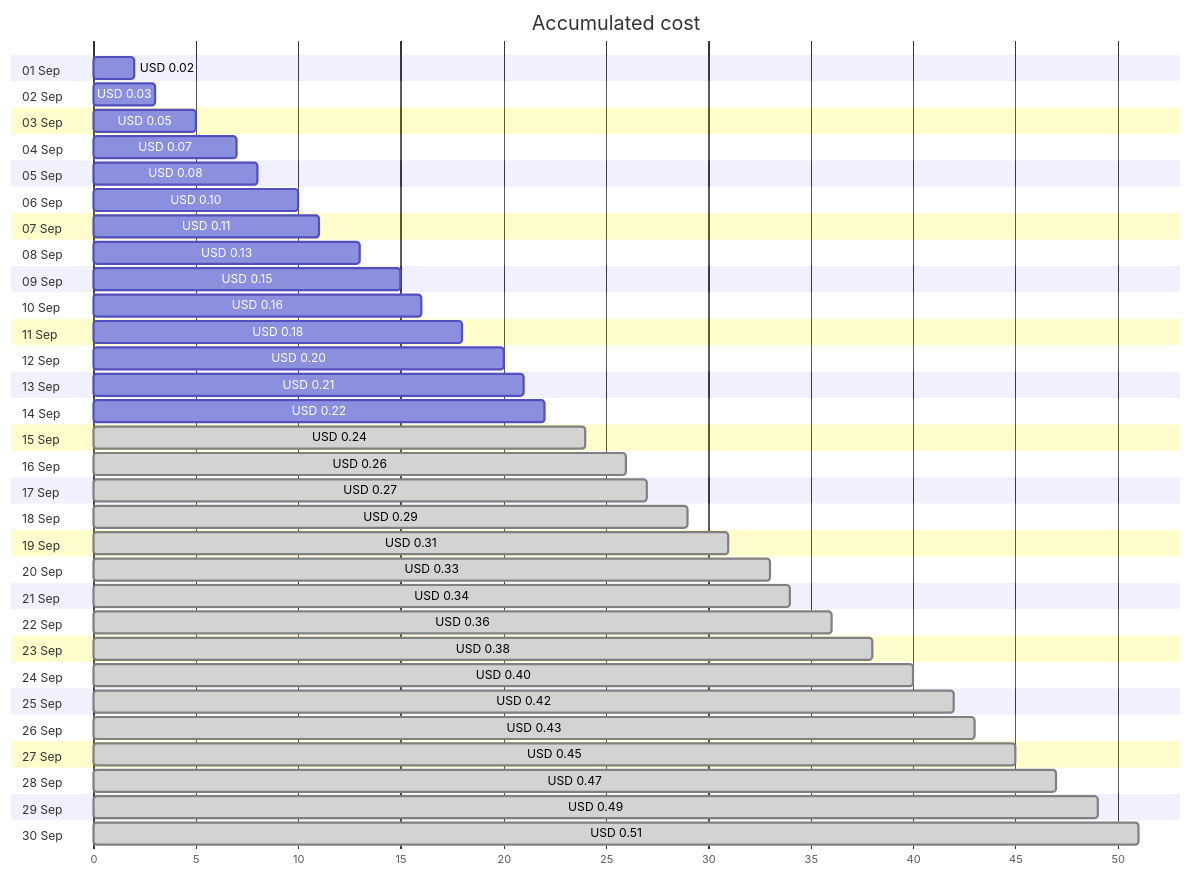
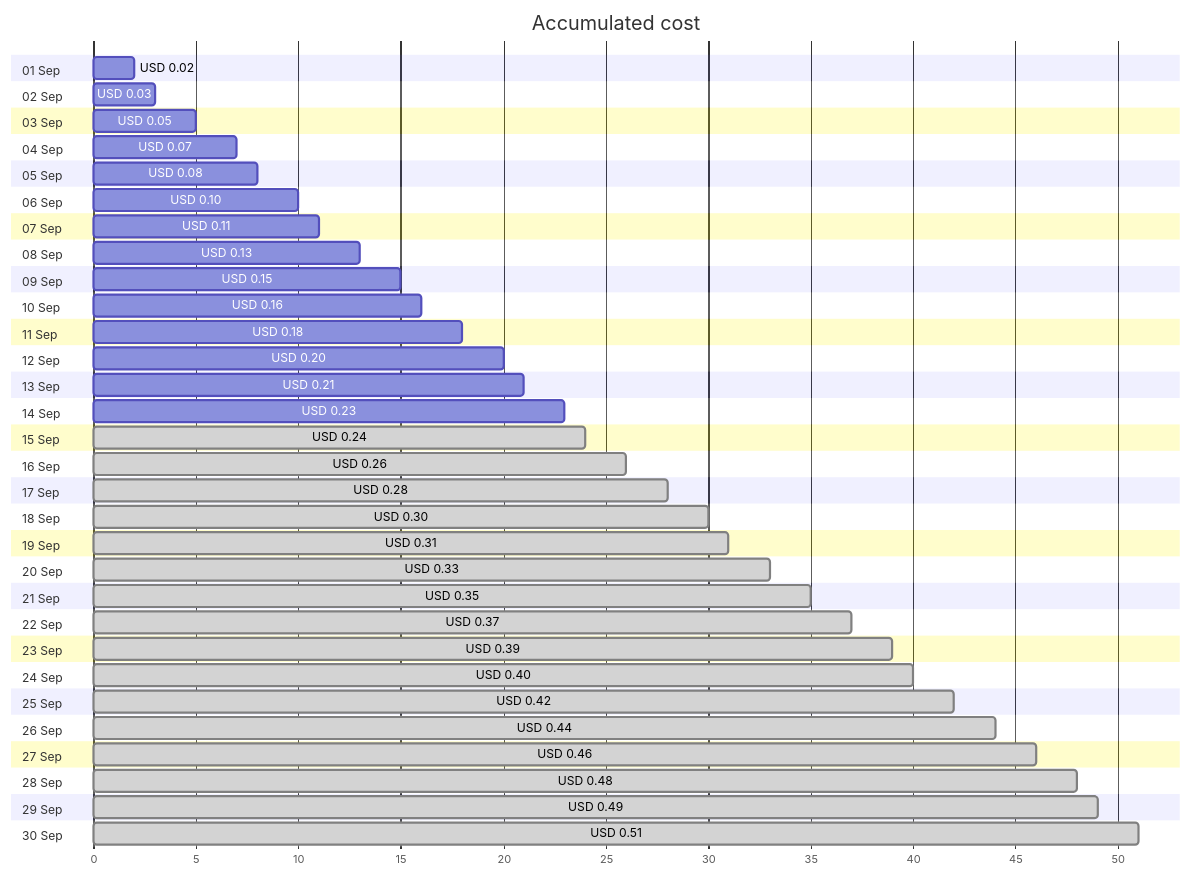
Before and after one commit to jpfulton/azure-personal-reports: the first of 4 diagrams in cost-reports/personal-dns/jpatrickfulton.com.md, drawn with Mermaid. The commit also changed other lines of this file and 37 other files, not shown here.

````diff
--- a/cost-reports/personal-dns/jpatrickfulton.com.md
+++ b/cost-reports/personal-dns/jpatrickfulton.com.md
@@ -20,66 +20,66 @@
 ```mermaid
 gantt
    title Accumulated cost
    dateFormat  X
    axisFormat %s
    section 01 Sep
    USD 0.02 :0, 2
    section 02 Sep
    USD 0.03 :0, 3
    section 03 Sep
    USD 0.05 :0, 5
    section 04 Sep
    USD 0.07 :0, 7
    section 05 Sep
    USD 0.08 :0, 8
    section 06 Sep
    USD 0.10 :0, 10
    section 07 Sep
    USD 0.11 :0, 11
    section 08 Sep
    USD 0.13 :0, 13
    section 09 Sep
    USD 0.15 :0, 15
    section 10 Sep
    USD 0.16 :0, 16
    section 11 Sep
    USD 0.18 :0, 18
    section 12 Sep
    USD 0.20 :0, 20
    section 13 Sep
    USD 0.21 :0, 21
    section 14 Sep
-   USD 0.22 :0, 22
+   USD 0.23 :0, 23
    section 15 Sep
    USD 0.24 : done, 0, 24
    section 16 Sep
    USD 0.26 : done, 0, 26
    section 17 Sep
-   USD 0.27 : done, 0, 27
+   USD 0.28 : done, 0, 28
    section 18 Sep
-   USD 0.29 : done, 0, 29
+   USD 0.30 : done, 0, 30
    section 19 Sep
    USD 0.31 : done, 0, 31
    section 20 Sep
    USD 0.33 : done, 0, 33
    section 21 Sep
-   USD 0.34 : done, 0, 34
+   USD 0.35 : done, 0, 35
    section 22 Sep
-   USD 0.36 : done, 0, 36
+   USD 0.37 : done, 0, 37
    section 23 Sep
-   USD 0.38 : done, 0, 38
+   USD 0.39 : done, 0, 39
    section 24 Sep
    USD 0.40 : done, 0, 40
    section 25 Sep
    USD 0.42 : done, 0, 42
    section 26 Sep
-   USD 0.43 : done, 0, 43
+   USD 0.44 : done, 0, 44
    section 27 Sep
-   USD 0.45 : done, 0, 45
+   USD 0.46 : done, 0, 46
    section 28 Sep
-   USD 0.47 : done, 0, 47
+   USD 0.48 : done, 0, 48
    section 29 Sep
    USD 0.49 : done, 0, 49
    section 30 Sep
    USD 0.51 : done, 0, 51
 ```
````
